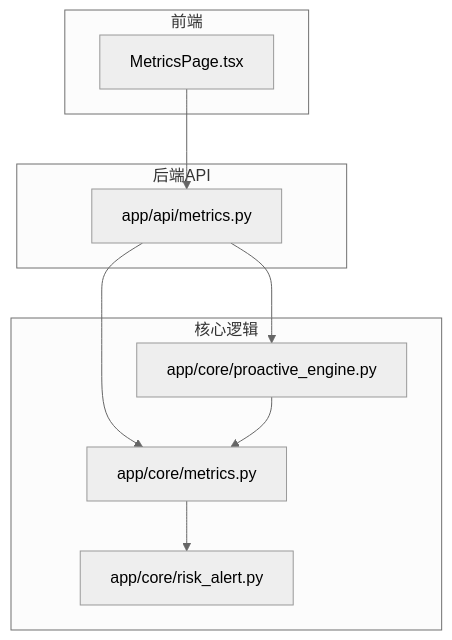
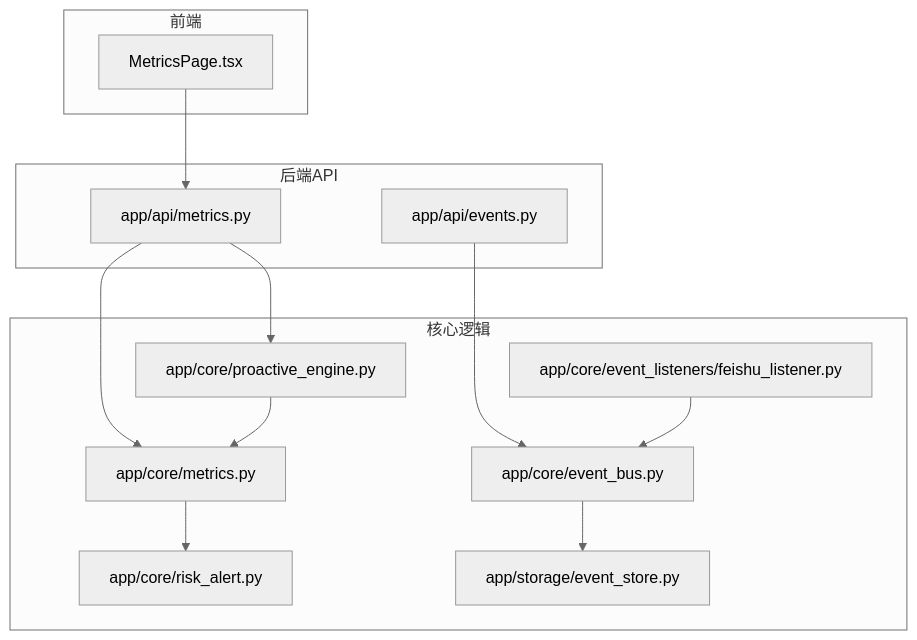
One commit to angledick/- changed the first of 9 diagrams in .qoder/repowiki/zh/content/监控与运维/系统健康监控.md. Above: the diagram before and after it, drawn with Mermaid (neutral theme). The commit also changed other lines of this file and 193 other files, not shown here.

````diff
--- a/.qoder/repowiki/zh/content/监控与运维/系统健康监控.md
+++ b/.qoder/repowiki/zh/content/监控与运维/系统健康监控.md
@@ -40,19 +62,26 @@
 ```mermaid
 graph TB
 subgraph "前端"
 FE_Metrics["MetricsPage.tsx"]
 end
 subgraph "后端API"
 API_Metrics["app/api/metrics.py"]
+API_Events["app/api/events.py"]
 end
 subgraph "核心逻辑"
 Core_Metrics["app/core/metrics.py"]
 Core_Proactive["app/core/proactive_engine.py"]
 Core_Risk["app/core/risk_alert.py"]
+Core_EventBus["app/core/event_bus.py"]
+Core_Feishu["app/core/event_listeners/feishu_listener.py"]
+Core_EventStore["app/storage/event_store.py"]
 end
 FE_Metrics --> API_Metrics
 API_Metrics --> Core_Metrics
 API_Metrics --> Core_Proactive
+API_Events --> Core_EventBus
 Core_Metrics --> Core_Risk
 Core_Proactive --> Core_Metrics
+Core_EventBus --> Core_EventStore
+Core_Feishu --> Core_EventBus
 ```
````
